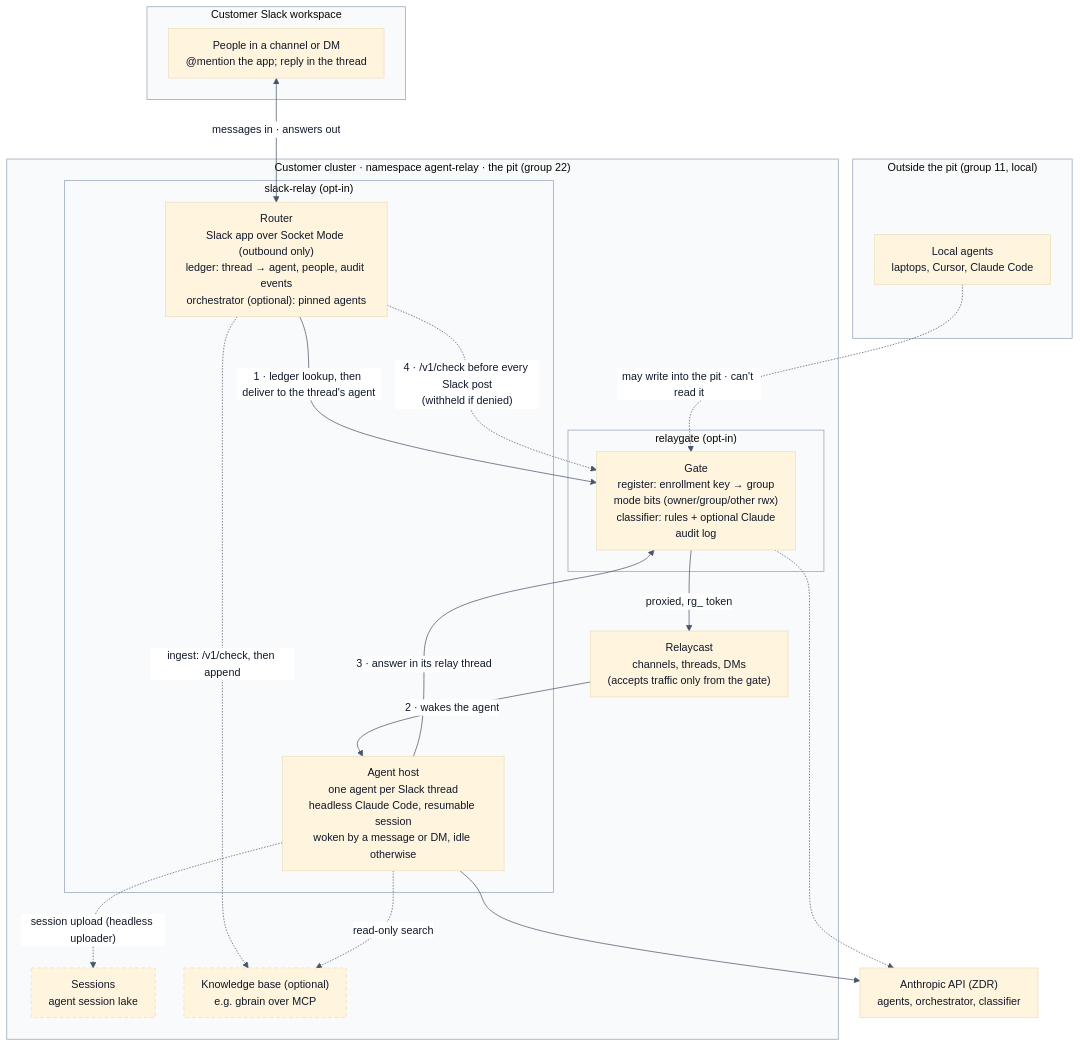
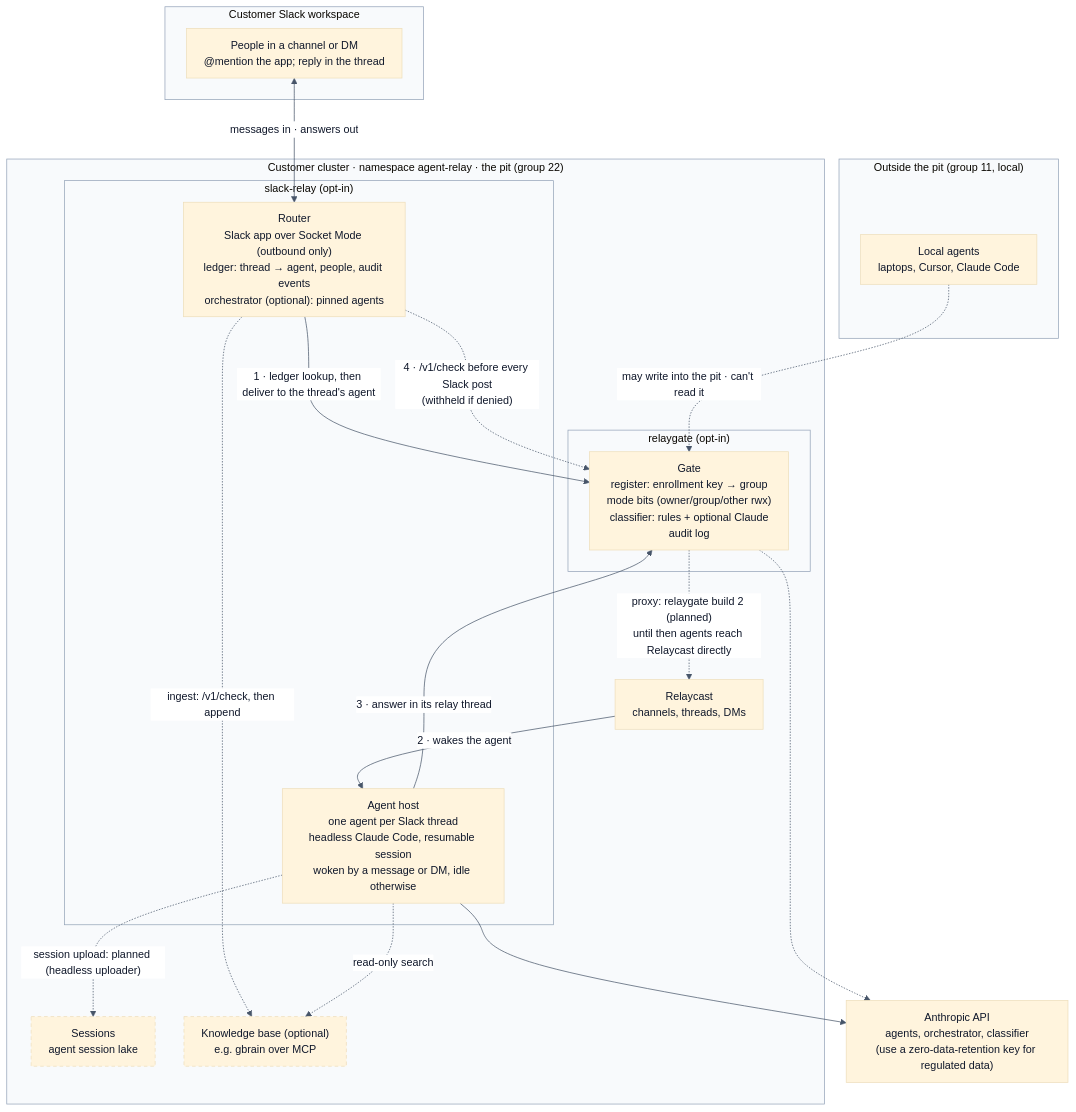
Before and after one commit to AgentWorkforce/infra: the diagram in docs/diagrams/slack-relay-relaygate.mmd, drawn with Mermaid. The commit also changed 7 other files, not shown here.

First line of the commit message:
docs: diagrams mark planned paths; no ZDR promise; relaygate status

```diff
--- a/docs/diagrams/slack-relay-relaygate.mmd
+++ b/docs/diagrams/slack-relay-relaygate.mmd
@@ -1,47 +1,47 @@
 %% Slack app (charts/slack-relay) and the relaygate governance gate (charts/relaygate), both opt-in.
 %% Source of truth for slack-relay-relaygate.svg / .png. Render with
 %% @mermaid-js/mermaid-cli 11.4.2: mmdc -i slack-relay-relaygate.mmd -o slack-relay-relaygate.svg -b white
 %% and the same with -o slack-relay-relaygate.png -s 2.
-%% Solid edges: what happens for every Slack message. Dashed: checks and optional paths.
+%% Solid edges: what happens for every Slack message. Dashed: checks, optional and planned paths.
 %%{init: {"theme": "base", "themeVariables": {"fontSize": "15px", "clusterBkg": "#f8fafc", "clusterBorder": "#94a3b8", "lineColor": "#475569", "primaryTextColor": "#0f172a", "edgeLabelBackground": "#ffffff"}, "flowchart": {"curve": "basis", "nodeSpacing": 40, "rankSpacing": 60, "padding": 12, "wrappingWidth": 260}}}%%
 flowchart TB
   subgraph SLACK["Customer Slack workspace"]
     people["People in a channel or DM<br/>@mention the app; reply in the thread"]
   end
 
   subgraph OUT["Outside the pit (group 11, local)"]
     local["Local agents<br/>laptops, Cursor, Claude Code"]
   end
 
   subgraph NS["Customer cluster · namespace agent-relay · the pit (group 22)"]
     subgraph SR["slack-relay (opt-in)"]
       router["Router<br/>Slack app over Socket Mode (outbound only)<br/>ledger: thread → agent, people, audit events<br/>orchestrator (optional): pinned agents"]
       host["Agent host<br/>one agent per Slack thread<br/>headless Claude Code, resumable session<br/>woken by a message or DM, idle otherwise"]
     end
 
     subgraph RG["relaygate (opt-in)"]
       gate["Gate<br/>register: enrollment key → group<br/>mode bits (owner/group/other rwx)<br/>classifier: rules + optional Claude<br/>audit log"]
     end
 
-    cast["Relaycast<br/>channels, threads, DMs<br/>(accepts traffic only from the gate)"]
+    cast["Relaycast<br/>channels, threads, DMs"]
     sessions["Sessions<br/>agent session lake"]
     kb["Knowledge base (optional)<br/>e.g. gbrain over MCP"]
   end
 
-  anthropic["Anthropic API (ZDR)<br/>agents, orchestrator, classifier"]
+  anthropic["Anthropic API<br/>agents, orchestrator, classifier<br/>(use a zero-data-retention key for regulated data)"]
 
   people <-->|"messages in · answers out"| router
   router -->|"1 · ledger lookup, then deliver to the thread's agent"| gate
-  gate -->|"proxied, rg_ token"| cast
+  gate -.->|"proxy: relaygate build 2 (planned)<br/>until then agents reach Relaycast directly"| cast
   cast -->|"2 · wakes the agent"| host
   host -->|"3 · answer in its relay thread"| gate
   router -.->|"4 · /v1/check before every Slack post<br/>(withheld if denied)"| gate
   router -.->|"ingest: /v1/check, then append"| kb
   host -.->|"read-only search"| kb
-  host -.->|"session upload (headless uploader)"| sessions
+  host -.->|"session upload: planned (headless uploader)"| sessions
   local -.->|"may write into the pit · can't read it"| gate
   host --> anthropic
   gate -.-> anthropic
 
   classDef optional stroke-dasharray: 5 4
   class kb,sessions optional
```
